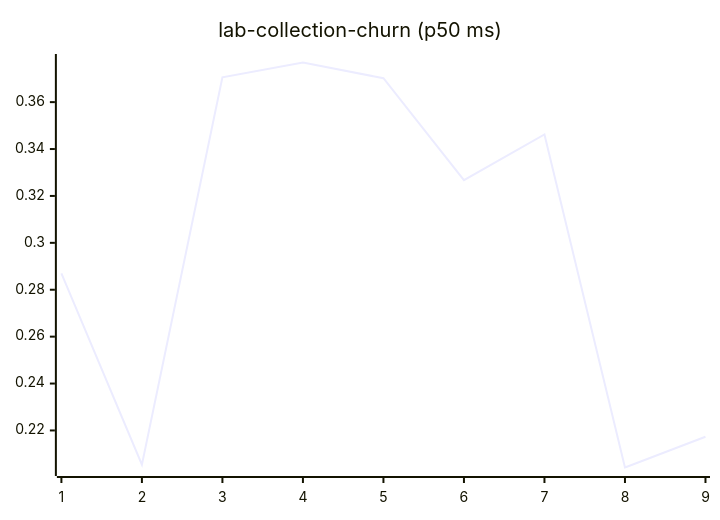
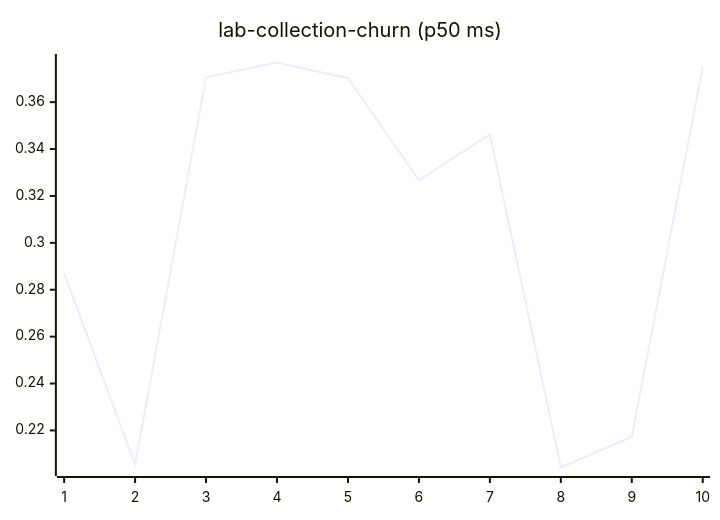
Before and after one commit to josha/Facet: diagram 11 of 27 in README.md, drawn with Mermaid. The commit also changed other lines of this file and 2 other files, not shown here.

````diff
--- a/README.md
+++ b/README.md
@@ -133,6 +133,6 @@
 ```mermaid
 xychart-beta
     title "lab-collection-churn (p50 ms)"
-    x-axis 1 --> 9
-    line [0.2870, 0.2054, 0.3706, 0.3769, 0.3702, 0.3267, 0.3462, 0.2042, 0.2173]
+    x-axis 1 --> 10
+    line [0.2870, 0.2054, 0.3706, 0.3769, 0.3702, 0.3267, 0.3462, 0.2042, 0.2173, 0.3750]
 ```
````
